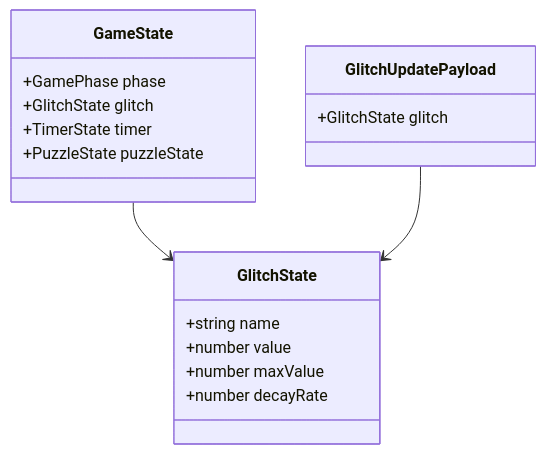
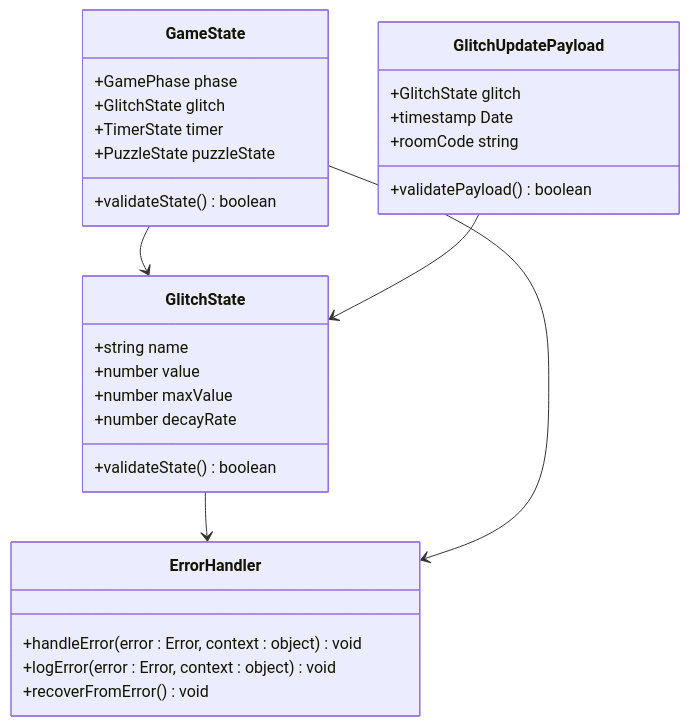
The second of 10 diagrams in .qoder/repowiki/en/content/Game Mechanics/Glitch Meter System.md (dkoukoul/escape-room-mvp), drawn with Mermaid before and after one commit. The commit also changed other lines of this file and 21 other files, not shown here.

````diff
--- a/.qoder/repowiki/en/content/Game Mechanics/Glitch Meter System.md
+++ b/.qoder/repowiki/en/content/Game Mechanics/Glitch Meter System.md
@@ -84,20 +101,32 @@
 ```mermaid
 classDiagram
 class GlitchState {
 +string name
 +number value
 +number maxValue
 +number decayRate
++validateState() boolean
 }
 class GameState {
 +GamePhase phase
 +GlitchState glitch
 +TimerState timer
 +PuzzleState puzzleState
++validateState() boolean
 }
 class GlitchUpdatePayload {
 +GlitchState glitch
++timestamp Date
++roomCode string
++validatePayload() boolean
+}
+class ErrorHandler {
++handleError(error : Error, context : object) void
++logError(error : Error, context : object) void
++recoverFromError() void
 }
 GameState --> GlitchState
 GlitchUpdatePayload --> GlitchState
+GlitchState --> ErrorHandler
+GameState --> ErrorHandler
 ```
````
